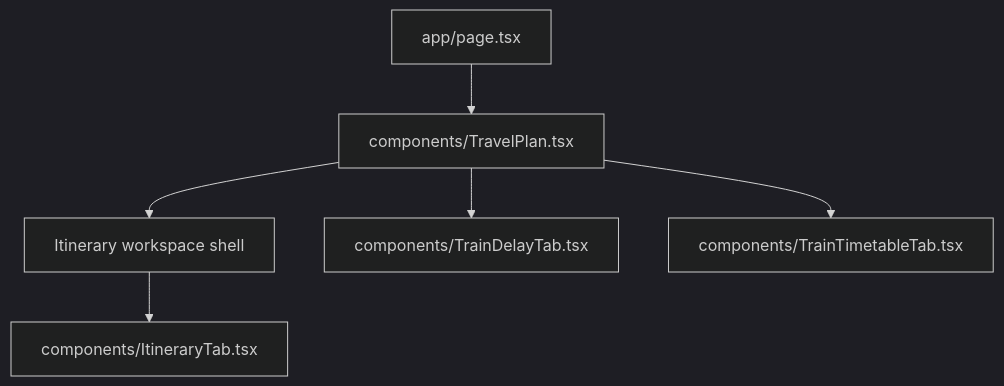
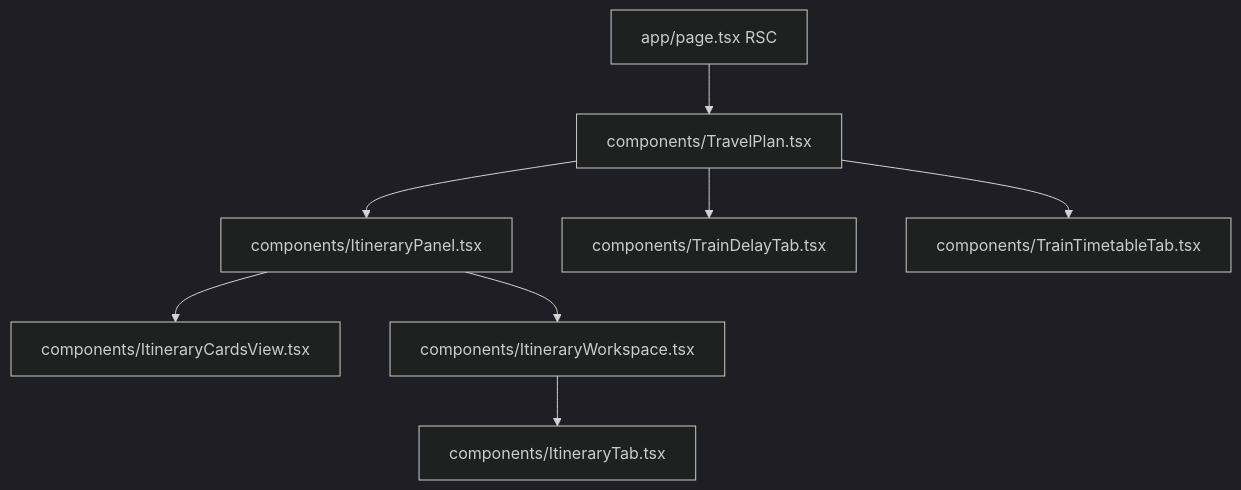
Before and after one commit to moukayz/my-tesm-tests: the diagram in travel-plan-web-next/docs/frontend-architecture.md, drawn with Mermaid (dark theme). The commit also changed other lines of this file and 20 other files, not shown here.

Commit message:
[travel-plan] update docs

````diff
--- a/travel-plan-web-next/docs/frontend-architecture.md
+++ b/travel-plan-web-next/docs/frontend-architecture.md
@@ -16,15 +16,19 @@
 ```mermaid
 flowchart TD
-    Page[app/page.tsx]
+    Page[app/page.tsx RSC]
     TravelPlan[components/TravelPlan.tsx]
-    Workspace[Itinerary workspace shell]
+    ItineraryPanel[components/ItineraryPanel.tsx]
+    CardsView[components/ItineraryCardsView.tsx]
+    Workspace[components/ItineraryWorkspace.tsx]
     ItineraryTab[components/ItineraryTab.tsx]
     DelayTab[components/TrainDelayTab.tsx]
     TimetableTab[components/TrainTimetableTab.tsx]
 
     Page --> TravelPlan
-    TravelPlan --> Workspace
+    TravelPlan --> ItineraryPanel
     TravelPlan --> DelayTab
     TravelPlan --> TimetableTab
+    ItineraryPanel --> CardsView
+    ItineraryPanel --> Workspace
     Workspace --> ItineraryTab
 ```
````
